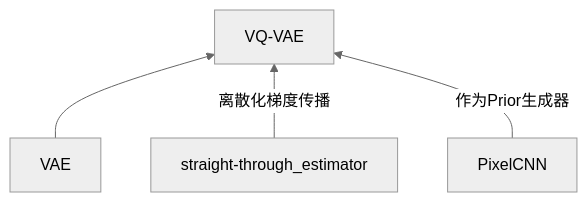
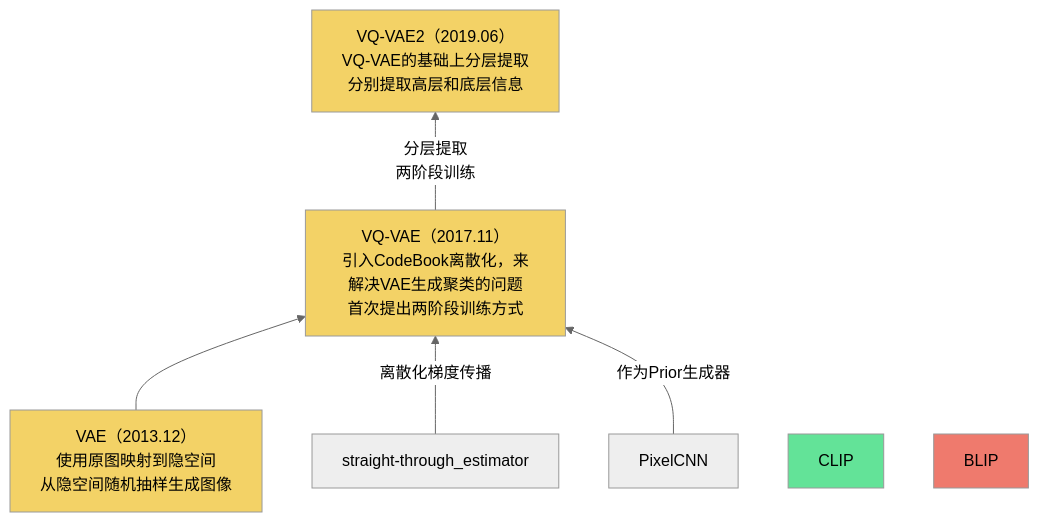
The third of 4 diagrams in Base_Model/GAN+VAE+Diffusion/analyse.md (Elephant-King9/Paper), drawn with Mermaid (neutral theme) before and after one commit. The commit also changed other lines of this file and 6 other files, not shown here.

````diff
--- a/Base_Model/GAN+VAE+Diffusion/analyse.md
+++ b/Base_Model/GAN+VAE+Diffusion/analyse.md
@@ -32,6 +44,18 @@
 ```mermaid
 flowchart BT
 VAE-->VQ-VAE
 straight-through_estimator-->|离散化梯度传播|VQ-VAE
 PixelCNN-->|作为Prior生成器|VQ-VAE
+VQ-VAE-->|分层提取<br>两阶段训练|VQ-VAE2
+VAE[VAE（2013.12）<br>使用原图映射到隐空间<br>从隐空间随机抽样生成图像]
+	style VAE fill:#F3D266
+VQ-VAE[VQ-VAE（2017.11）<br>引入CodeBook离散化，来解决VAE生成聚类的问题<br>首次提出两阶段训练方式]
+	style VQ-VAE fill:#F3D266
+VQ-VAE2[VQ-VAE2（2019.06）<br>VQ-VAE的基础上分层提取<br>分别提取高层和底层信息]
+	style VQ-VAE2 fill:#F3D266
+
+
+
+style CLIP fill:#63E398
+style BLIP fill:#EF7A6D
 ```
````
